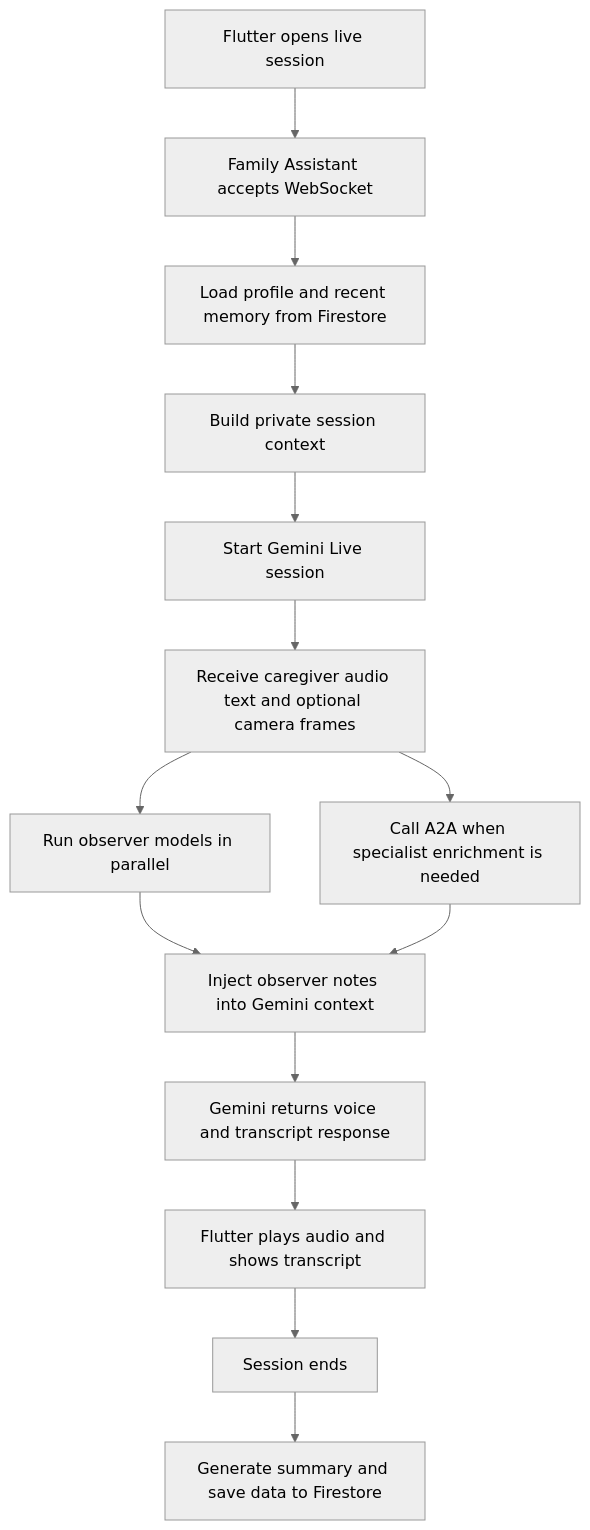
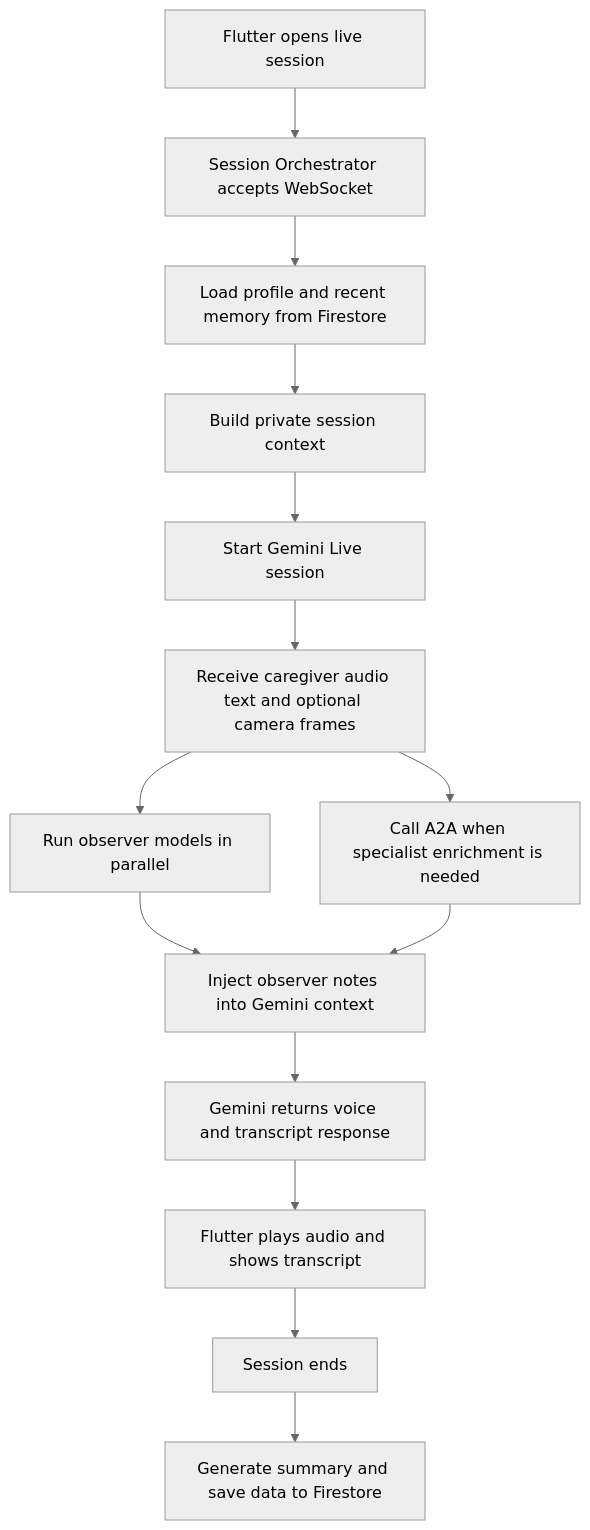
One commit to Psianturi/neuro-decode changed the second of 4 diagrams in README.md. Above: the diagram before and after it, drawn with Mermaid (neutral theme). The commit also changed other lines of this file and 1 other file, not shown here.

````diff
--- a/README.md
+++ b/README.md
@@ -70,16 +70,16 @@
 ```mermaid
 flowchart TD
-    A[Flutter opens live session] --> B[Family Assistant accepts WebSocket]
+    A[Flutter opens live session] --> B[Session Orchestrator accepts WebSocket]
     B --> C[Load profile and recent memory from Firestore]
     C --> D[Build private session context]
     D --> E[Start Gemini Live session]
     E --> F[Receive caregiver audio text and optional camera frames]
     F --> G[Run observer models in parallel]
     F --> H[Call A2A when specialist enrichment is needed]
     G --> I[Inject observer notes into Gemini context]
     H --> I
     I --> J[Gemini returns voice and transcript response]
     J --> K[Flutter plays audio and shows transcript]
     K --> L[Session ends]
     L --> M[Generate summary and save data to Firestore]
 ```
````
